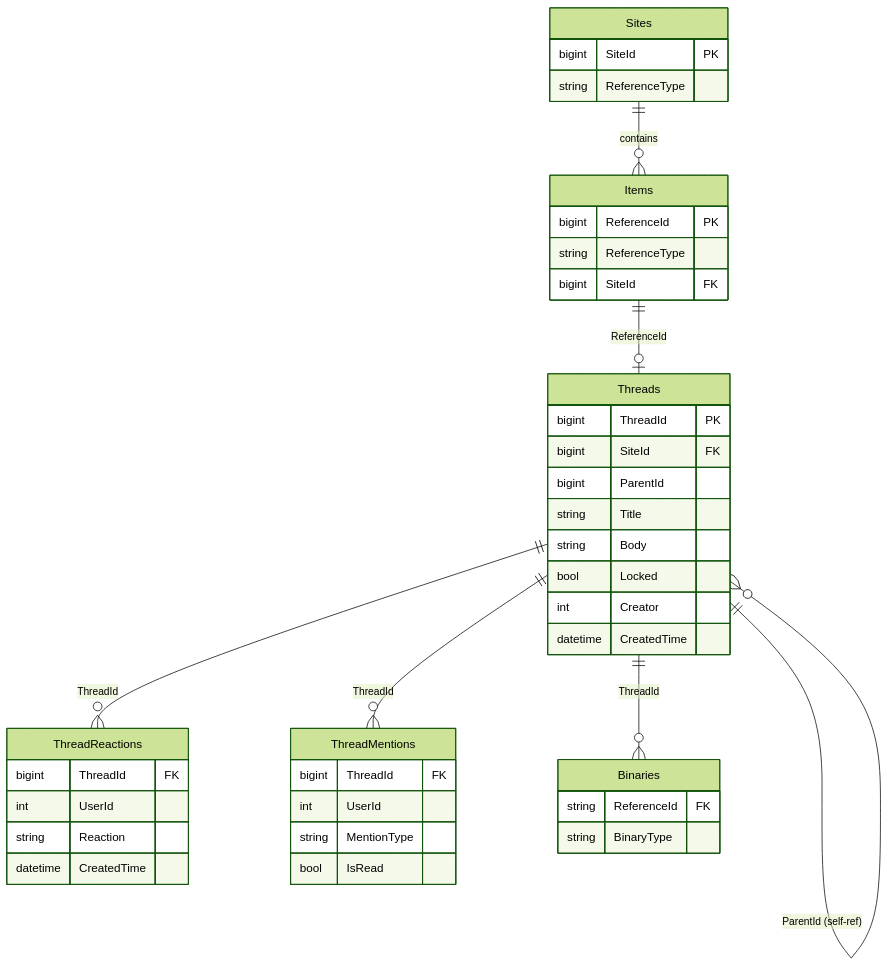
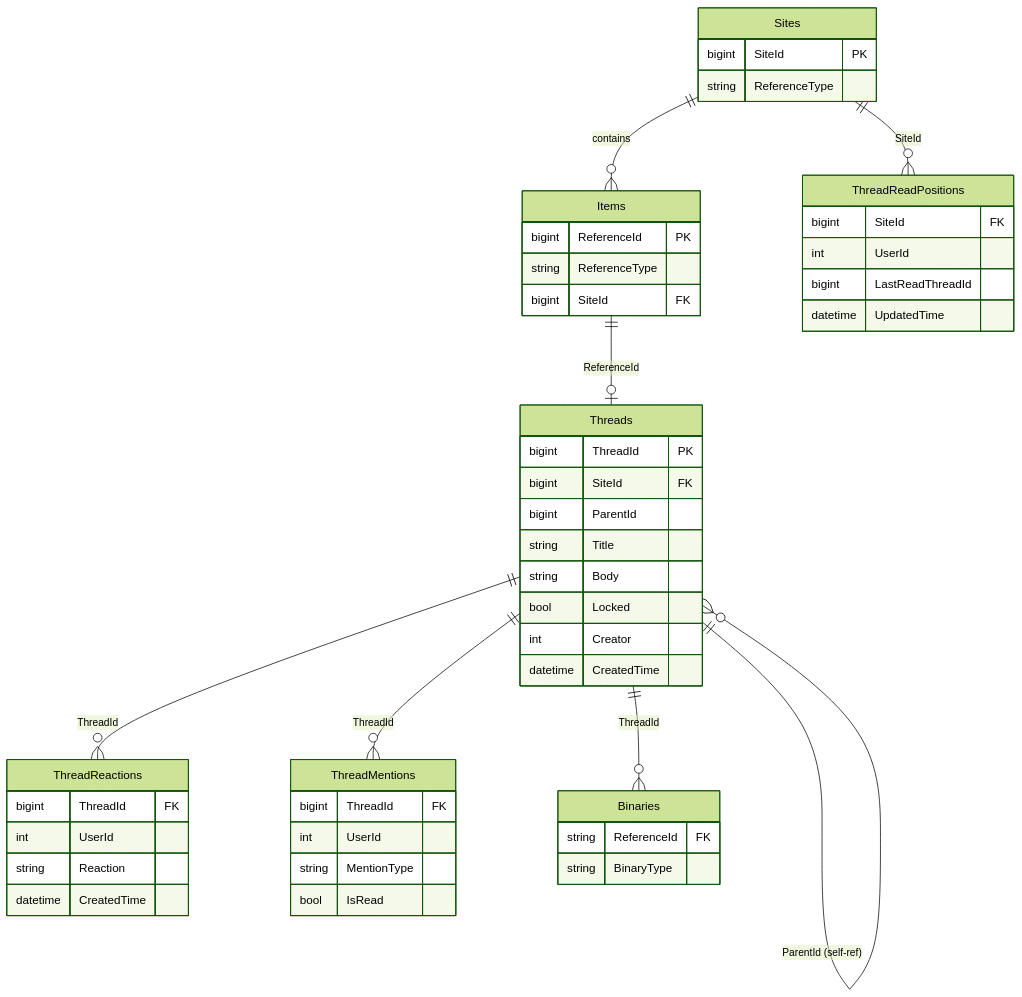
The fourth of 13 diagrams in docs/research/16-新SiteType/001-スレッド型メッセージング機能設計.md (vehiclevisionjp/VehicleVision.Pleasanter.ResearchDocuments), drawn with Mermaid (forest theme) before and after one commit. The commit also changed other lines of this file, not shown here.

````diff
--- a/docs/research/16-新SiteType/001-スレッド型メッセージング機能設計.md
+++ b/docs/research/16-新SiteType/001-スレッド型メッセージング機能設計.md
@@ -373,45 +479,52 @@
 ```mermaid
 erDiagram
     Sites {
         bigint SiteId PK
         string ReferenceType
     }
     Items {
         bigint ReferenceId PK
         string ReferenceType
         bigint SiteId FK
     }
     Threads {
         bigint ThreadId PK
         bigint SiteId FK
         bigint ParentId
         string Title
         string Body
         bool Locked
         int Creator
         datetime CreatedTime
     }
     ThreadReactions {
         bigint ThreadId FK
         int UserId
         string Reaction
         datetime CreatedTime
     }
     ThreadMentions {
         bigint ThreadId FK
         int UserId
         string MentionType
         bool IsRead
     }
+    ThreadReadPositions {
+        bigint SiteId FK
+        int UserId
+        bigint LastReadThreadId
+        datetime UpdatedTime
+    }
     Binaries {
         string ReferenceId FK
         string BinaryType
     }
 
     Sites ||--o{ Items : "contains"
     Items ||--o| Threads : "ReferenceId"
     Threads ||--o{ Threads : "ParentId (self-ref)"
     Threads ||--o{ ThreadReactions : "ThreadId"
     Threads ||--o{ ThreadMentions : "ThreadId"
     Threads ||--o{ Binaries : "ThreadId"
+    Sites ||--o{ ThreadReadPositions : "SiteId"
 ```
````
